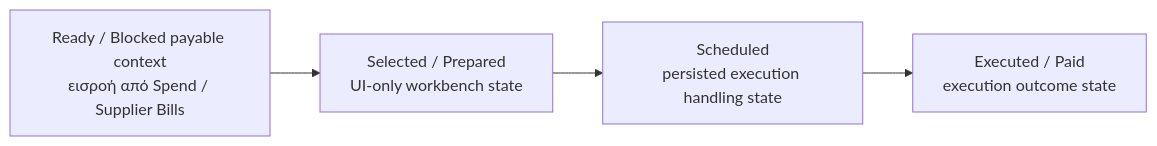
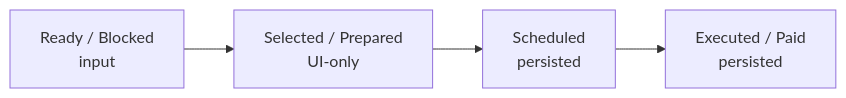
Before and after one commit to Leia-Enterprise-Solutions/Leia-Finance: the diagram in docs/04 - Payments Queue Module.md, drawn with Mermaid. The commit also changed other lines of this file and 15 other files, not shown here.

````diff
--- a/docs/04 - Payments Queue Module.md
+++ b/docs/04 - Payments Queue Module.md
@@ -206,9 +73,8 @@
 ```mermaid
 flowchart LR
-    IN[Ready / Blocked payable context<br/>εισροή από Spend / Supplier Bills]
-    UI[Selected / Prepared<br/>UI-only workbench state]
-    SCH[Scheduled<br/>persisted execution handling state]
-    EXE[Executed / Paid<br/>execution outcome state]
-
+    IN[Ready / Blocked<br/>input]
+    UI[Selected / Prepared<br/>UI-only]
+    SCH[Scheduled<br/>persisted]
+    EXE[Executed / Paid<br/>persisted]
     IN --> UI --> SCH --> EXE
 ```
````
